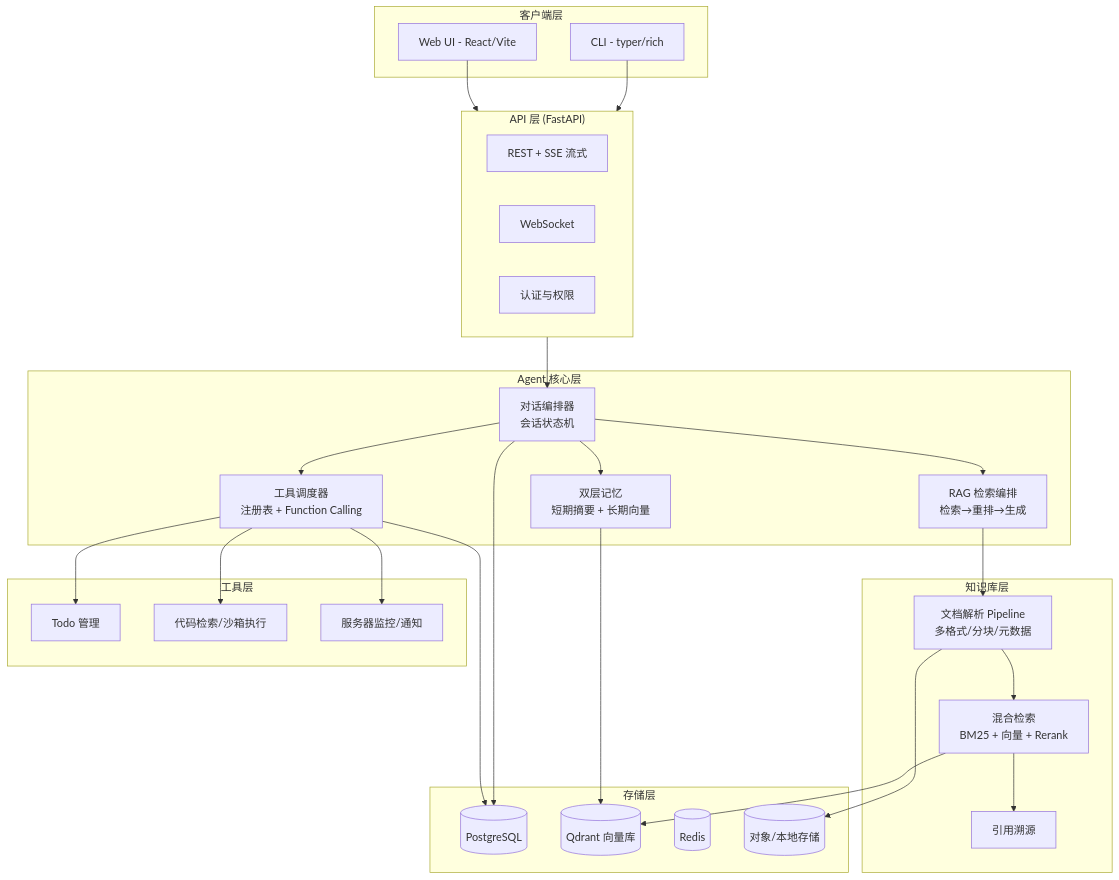
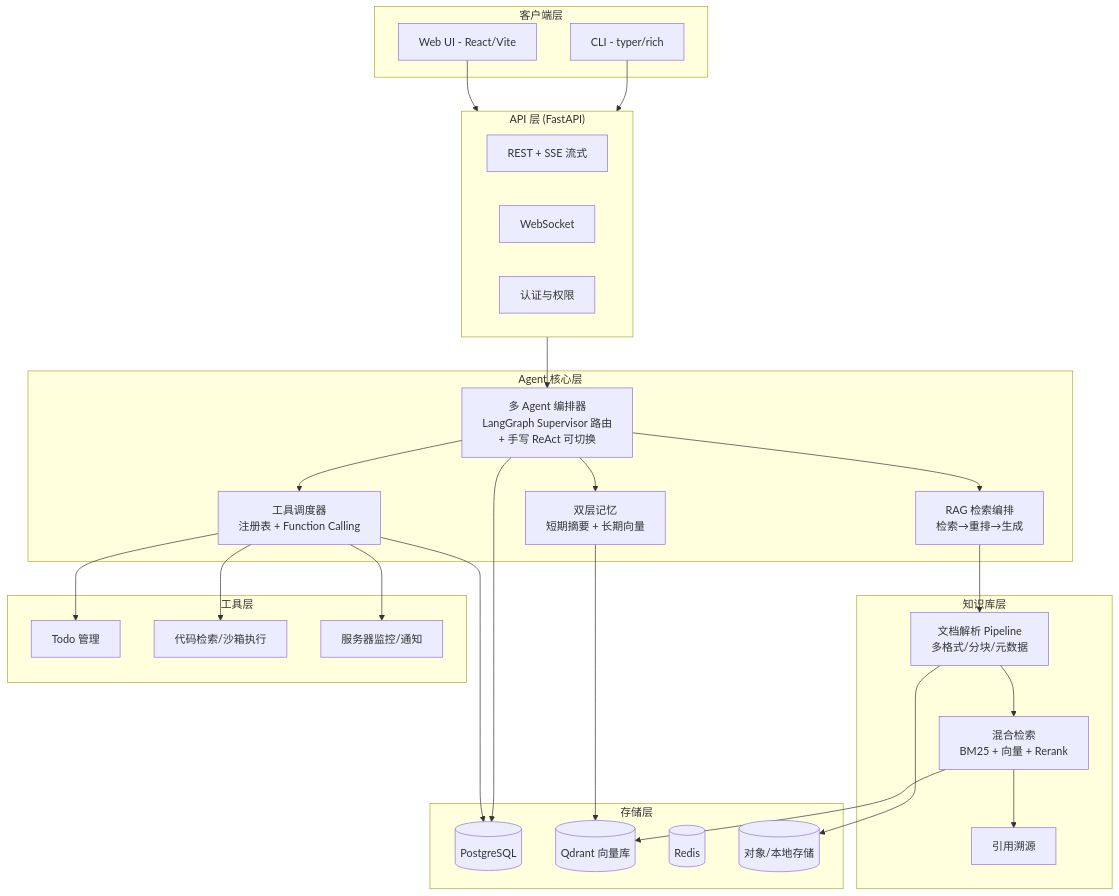
Before and after one commit to z3yc/copilot-lite: the diagram in README.md, drawn with Mermaid. The commit also changed other lines of this file and 4 other files, not shown here.

First line of the commit message:
docs: LangGraph 多 Agent 功能记录（README ③/CHANGELOG 0.11.0/PLAN ③完成 + DEV_GUIDE/architecture）

````diff
--- a/README.md
+++ b/README.md
@@ -126,57 +128,57 @@
 ```mermaid
 graph TB
     subgraph Client["客户端层"]
         CLI[CLI - typer/rich]
         WEB[Web UI - React/Vite]
     end
 
     subgraph API["API 层 (FastAPI)"]
         REST[REST + SSE 流式]
         WS[WebSocket]
         AUTH[认证与权限]
     end
 
     subgraph Agent["Agent 核心层"]
-        ORCH[对话编排器<br/>会话状态机]
+        ORCH[多 Agent 编排器<br/>LangGraph Supervisor 路由<br/>+ 手写 ReAct 可切换]
         MEM[双层记忆<br/>短期摘要 + 长期向量]
         TOOL[工具调度器<br/>注册表 + Function Calling]
         RAG[RAG 检索编排<br/>检索→重排→生成]
     end
 
     subgraph KB["知识库层"]
         PIPE[文档解析 Pipeline<br/>多格式/分块/元数据]
         MIX[混合检索<br/>BM25 + 向量 + Rerank]
         REF[引用溯源]
     end
 
     subgraph Tools["工具层"]
         TODO[Todo 管理]
         CODE[代码检索/沙箱执行]
         SYS[服务器监控/通知]
     end
 
     subgraph Store["存储层"]
         PG[(PostgreSQL)]
         QD[(Qdrant 向量库)]
         RD[(Redis)]
         FS[(对象/本地存储)]
     end
 
     CLI --> API
     WEB --> API
     API --> ORCH
     ORCH --> MEM
     ORCH --> TOOL
     ORCH --> RAG
     RAG --> PIPE
     PIPE --> MIX
     MIX --> REF
     MIX --> QD
     TOOL --> TODO
     TOOL --> CODE
     TOOL --> SYS
     MEM --> QD
     ORCH --> PG
     TOOL --> PG
     PIPE --> FS
 ```
````
